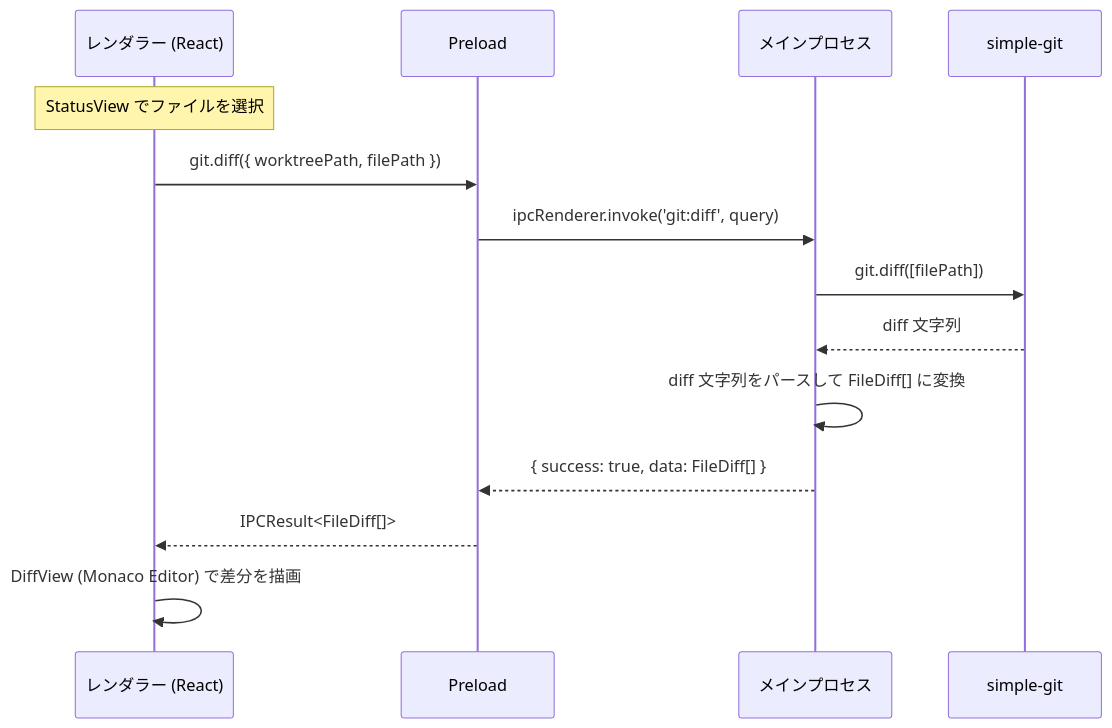
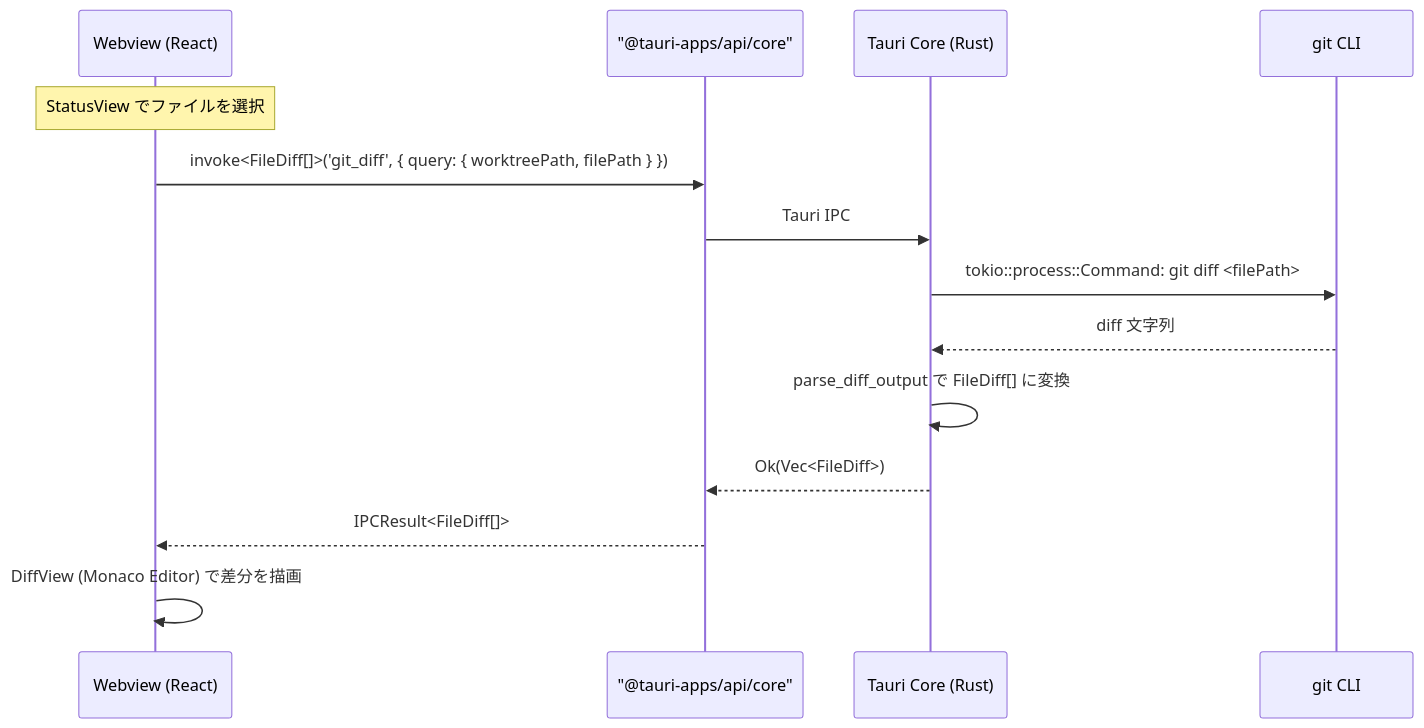
One commit to ToshikiImagawa/Buruma changed the third of 4 diagrams in .sdd/specification/repository-viewer_spec.md. Above: the diagram before and after it, drawn with Mermaid. The commit also changed other lines of this file and 7 other files, not shown here.

````diff
--- a/.sdd/specification/repository-viewer_spec.md
+++ b/.sdd/specification/repository-viewer_spec.md
@@ -417,16 +417,16 @@
 ```mermaid
 sequenceDiagram
-    participant Renderer as レンダラー (React)
-    participant Preload as Preload
-    participant Main as メインプロセス
-    participant Git as simple-git
-    Note over Renderer: StatusView でファイルを選択
-    Renderer ->> Preload: git.diff({ worktreePath, filePath })
-    Preload ->> Main: ipcRenderer.invoke('git:diff', query)
-    Main ->> Git: git.diff([filePath])
-    Git -->> Main: diff 文字列
-    Main ->> Main: diff 文字列をパースして FileDiff[] に変換
-    Main -->> Preload: { success: true, data: FileDiff[] }
-    Preload -->> Renderer: IPCResult<FileDiff[]>
-    Renderer ->> Renderer: DiffView (Monaco Editor) で差分を描画
+    participant Webview as Webview (React)
+    participant Invoke as "@tauri-apps/api/core"
+    participant Core as Tauri Core (Rust)
+    participant Git as git CLI
+    Note over Webview: StatusView でファイルを選択
+    Webview ->> Invoke: invoke<FileDiff[]>('git_diff', { query: { worktreePath, filePath } })
+    Invoke ->> Core: Tauri IPC
+    Core ->> Git: tokio::process::Command: git diff <filePath>
+    Git -->> Core: diff 文字列
+    Core ->> Core: parse_diff_output で FileDiff[] に変換
+    Core -->> Invoke: Ok(Vec<FileDiff>)
+    Invoke -->> Webview: IPCResult<FileDiff[]>
+    Webview ->> Webview: DiffView (Monaco Editor) で差分を描画
 ```
````
